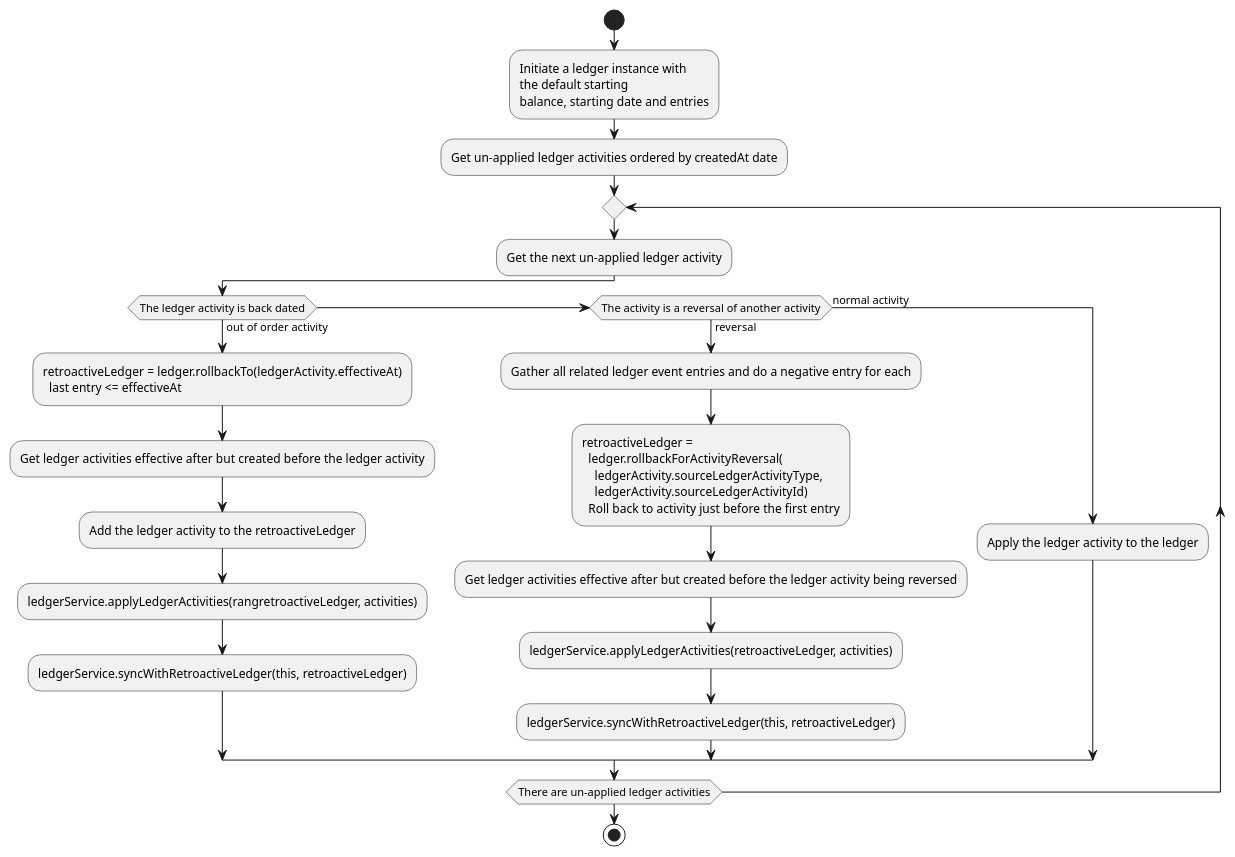
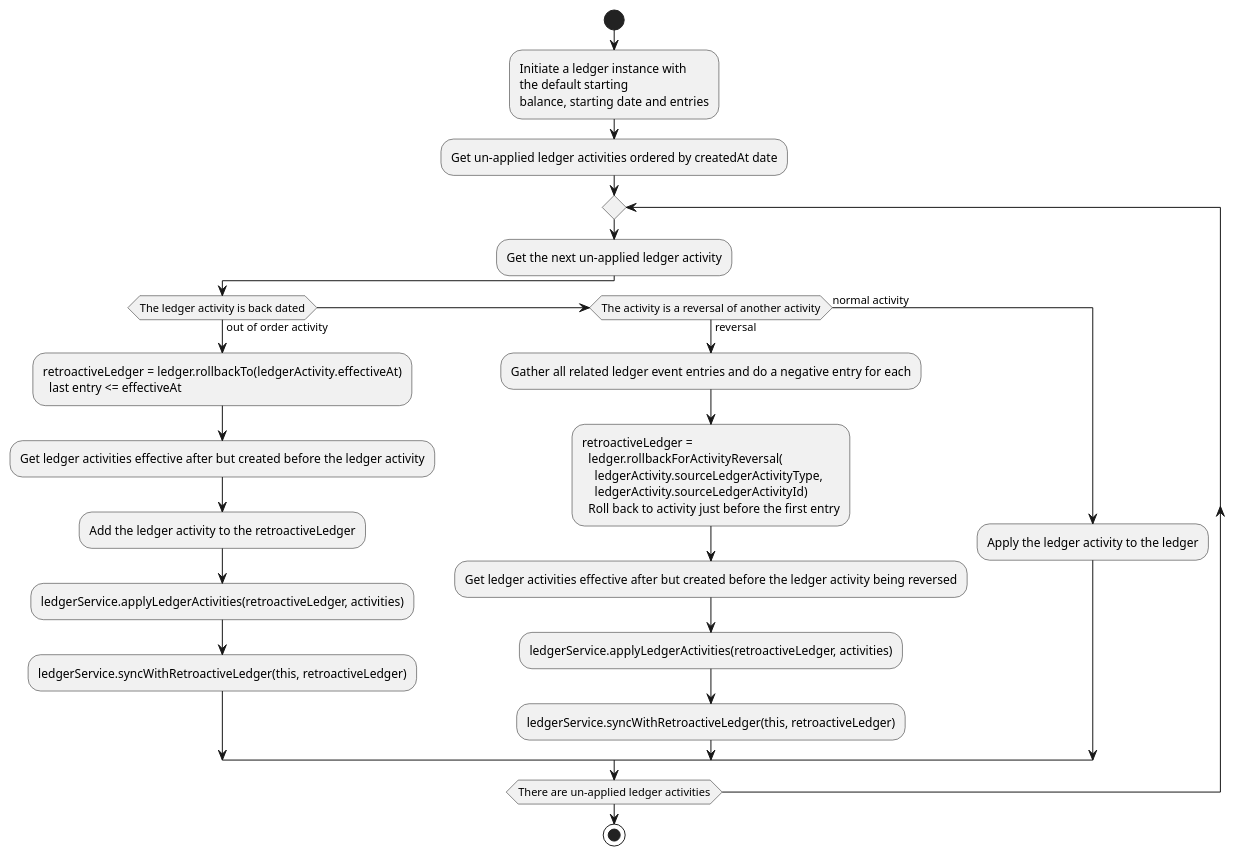
The second of 3 diagrams in ARCHITECTURE.md (v1bh0r/precise-ledger-pro), drawn with PlantUML before and after one commit.

````diff
--- a/ARCHITECTURE.md
+++ b/ARCHITECTURE.md
@@ -105,35 +105,35 @@
 ```plantuml
 @startuml
 start
 :Initiate a ledger instance with 
 the default starting 
 balance, starting date and entries;
 
 :Get un-applied ledger activities ordered by createdAt date;
 
 repeat
   :Get the next un-applied ledger activity;
       if (The ledger activity is back dated) then (out of order activity)
         :retroactiveLedger = ledger.rollbackTo(ledgerActivity.effectiveAt)
           last entry <= effectiveAt;
         :Get ledger activities effective after but created before the ledger activity;
         :Add the ledger activity to the retroactiveLedger;
-        :ledgerService.applyLedgerActivities(rangretroactiveLedger, activities);
+        :ledgerService.applyLedgerActivities(retroactiveLedger, activities);
         :ledgerService.syncWithRetroactiveLedger(this, retroactiveLedger);
       else if (The activity is a reversal of another activity) then (reversal)
         :Gather all related ledger event entries and do a negative entry for each;
         :retroactiveLedger = 
           ledger.rollbackForActivityReversal(
             ledgerActivity.sourceLedgerActivityType, 
             ledgerActivity.sourceLedgerActivityId)
           Roll back to activity just before the first entry;
         :Get ledger activities effective after but created before the ledger activity being reversed;
         :ledgerService.applyLedgerActivities(retroactiveLedger, activities);
         :ledgerService.syncWithRetroactiveLedger(this, retroactiveLedger);
       else (normal activity)
         :Apply the ledger activity to the ledger;
       endif
 repeat while (There are un-applied ledger activities)
 stop
 @enduml
 ```
````
